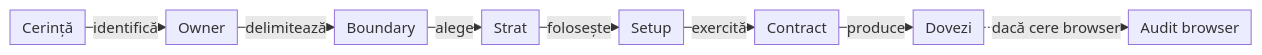
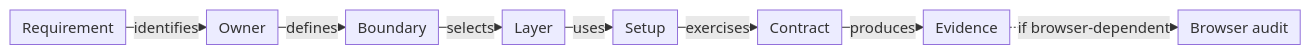
The first of 2 diagrams in docs/ATF_Testing_Guide.md (crististefanita/atf_j1), drawn with Mermaid before and after one commit. The commit also changed other lines of this file and 83 other files, not shown here.

````diff
--- a/docs/ATF_Testing_Guide.md
+++ b/docs/ATF_Testing_Guide.md
@@ -20,11 +20,11 @@
 ```mermaid
 %%{init: {"themeVariables":{"fontSize":"15px"},"themeCSS":".nodeLabel, .nodeLabel p { font-size: 15px !important; line-height: 1.35 !important; } .edgeLabel, .edgeLabel p { font-size: 12px !important; font-weight: 400 !important; line-height: 1.2 !important; } .edgeLabel .labelBkg, .edgeLabel p { background: transparent !important; } .edgeLabel foreignObject { transform: translateY(-18px); overflow: visible; } .node rect { rx: 6px; ry: 6px; }","flowchart":{"curve":"linear","nodeSpacing":24,"rankSpacing":16,"padding":6,"diagramPadding":20}}}%%
 flowchart LR
-    Requirement["Cerință"] -->|identifică| Owner["Owner"]
-    Owner -->|delimitează| Boundary["Boundary"]
-    Boundary -->|alege| Layer["Strat"]
-    Layer -->|folosește| Setup["Setup"]
-    Setup -->|exercită| Contract["Contract"]
-    Contract -->|produce| Evidence["Dovezi"]
-    Evidence -. dacă cere browser .-> Browser["Audit browser"]
+    Requirement["Requirement"] -->|identifies| Owner["Owner"]
+    Owner -->|defines| Boundary["Boundary"]
+    Boundary -->|selects| Layer["Layer"]
+    Layer -->|uses| Setup["Setup"]
+    Setup -->|exercises| Contract["Contract"]
+    Contract -->|produces| Evidence["Evidence"]
+    Evidence -. if browser-dependent .-> Browser["Browser audit"]
 ```
````
